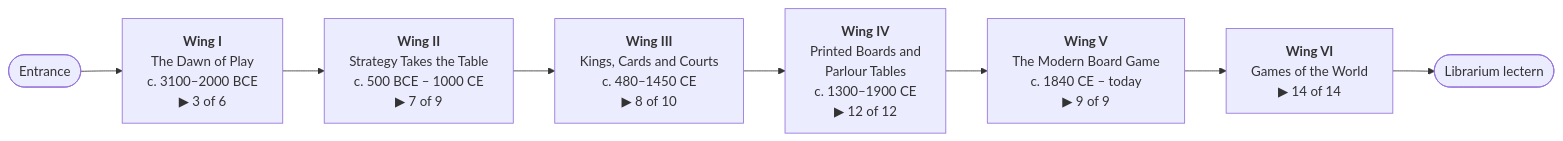
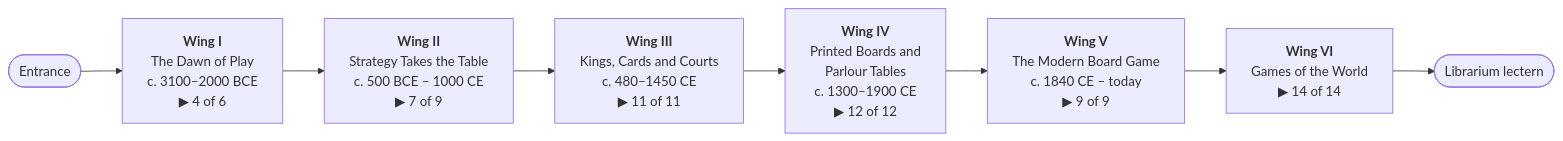
One commit to CptNope/Librarium-Archives changed the first of 2 diagrams in README.md. Above: the diagram before and after it, drawn with Mermaid. The commit also changed other lines of this file and 11 other files, not shown here.

````diff
--- a/README.md
+++ b/README.md
@@ -15,10 +15,10 @@
 ```mermaid
 flowchart LR
     E([Entrance]) --> W1
-    W1["<b>Wing I</b><br/>The Dawn of Play<br/>c. 3100–2000 BCE<br/>▶ 3 of 6"] --> W2
+    W1["<b>Wing I</b><br/>The Dawn of Play<br/>c. 3100–2000 BCE<br/>▶ 4 of 6"] --> W2
     W2["<b>Wing II</b><br/>Strategy Takes the Table<br/>c. 500 BCE – 1000 CE<br/>▶ 7 of 9"] --> W3
-    W3["<b>Wing III</b><br/>Kings, Cards and Courts<br/>c. 480–1450 CE<br/>▶ 8 of 10"] --> W4
+    W3["<b>Wing III</b><br/>Kings, Cards and Courts<br/>c. 480–1450 CE<br/>▶ 11 of 11"] --> W4
     W4["<b>Wing IV</b><br/>Printed Boards and<br/>Parlour Tables<br/>c. 1300–1900 CE<br/>▶ 12 of 12"] --> W5
     W5["<b>Wing V</b><br/>The Modern Board Game<br/>c. 1840 CE – today<br/>▶ 9 of 9"] --> W6
     W6["<b>Wing VI</b><br/>Games of the World<br/>▶ 14 of 14"] --> L([Librarium lectern])
 ```
````
